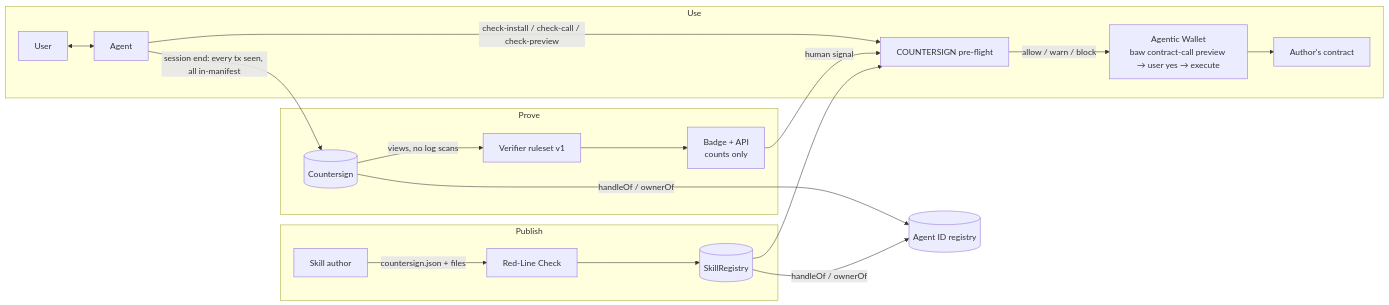
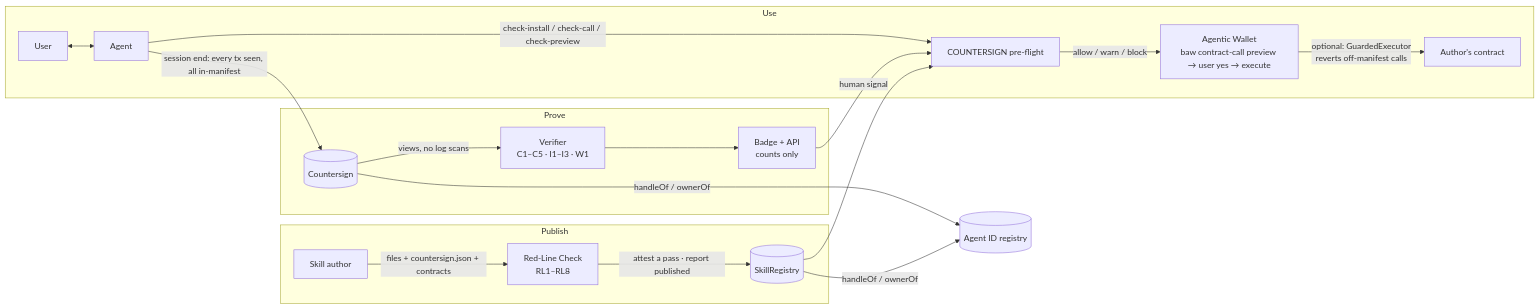
Before and after one commit to kaustubh76/countersign: the diagram in README.md, drawn with Mermaid. The commit also changed other lines of this file and 7 other files, not shown here.

````diff
--- a/README.md
+++ b/README.md
@@ -28,22 +28,22 @@
 ```mermaid
 flowchart LR
   subgraph A[Publish]
-    author[Skill author] -->|countersign.json + files| check[Red-Line Check]
-    check --> reg[(SkillRegistry)]
+    author[Skill author] -->|files + countersign.json + contracts| check[Red-Line Check<br/>RL1–RL8]
+    check -->|attest a pass · report published| reg[(SkillRegistry)]
   end
   subgraph B[Use]
     user[User] <--> agent[Agent]
     agent -->|check-install / check-call / check-preview| pre[COUNTERSIGN pre-flight]
     pre -->|allow / warn / block| baw[Agentic Wallet<br/>baw contract-call preview → user yes → execute]
-    baw --> dapp[Author's contract]
+    baw -->|optional: GuardedExecutor<br/>reverts off-manifest calls| dapp[Author's contract]
   end
   subgraph C[Prove]
     agent -->|session end: every tx seen, all in-manifest| cs[(Countersign)]
-    cs -->|views, no log scans| ver[Verifier ruleset v1]
+    cs -->|views, no log scans| ver[Verifier<br/>C1–C5 · I1–I3 · W1]
     ver --> badge[Badge + API<br/>counts only]
     badge -->|human signal| pre
   end
   reg --> pre
   cs -->|handleOf / ownerOf| aid[(Agent ID registry)]
   reg -->|handleOf / ownerOf| aid
 ```
````
